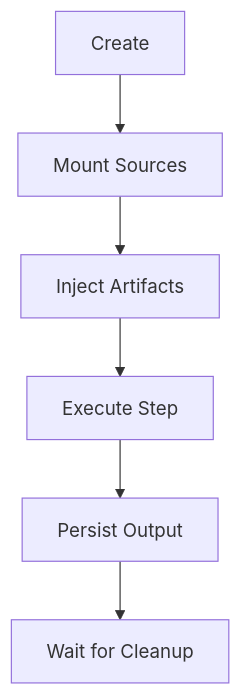
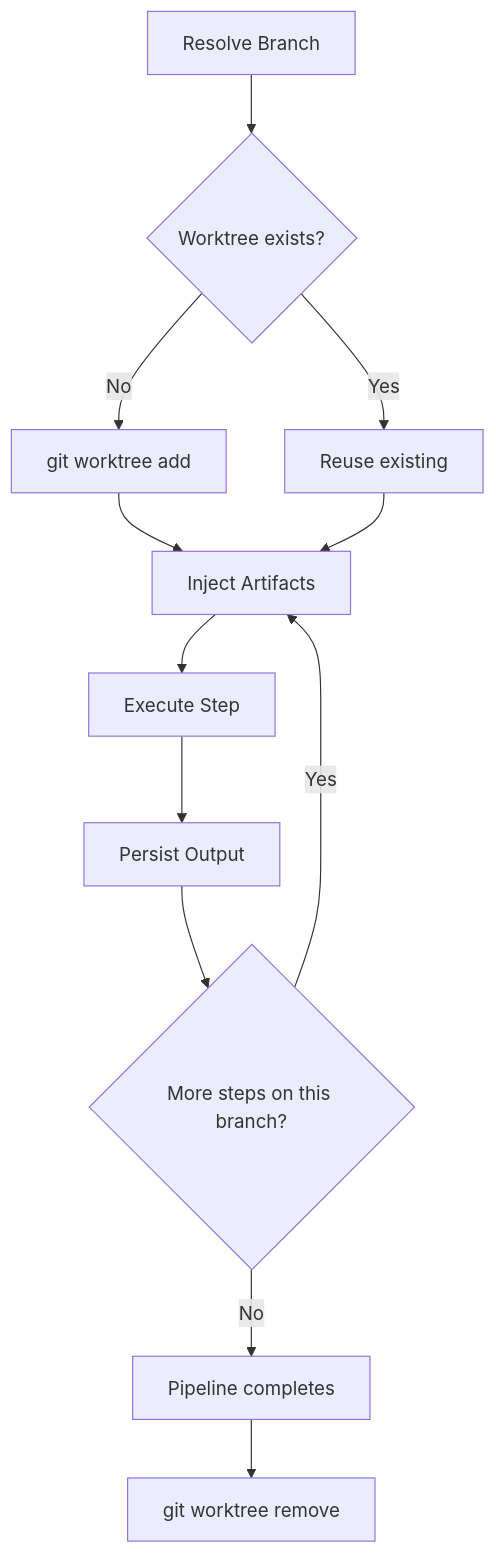
One commit to re-cinq/wave changed the diagram in docs/concepts/workspaces.md. Above: the diagram before and after it, drawn with Mermaid. The commit also changed other lines of this file and 6 other files, not shown here.

First line of the commit message:
docs: document git-native worktree workspaces across landing page, concepts, and reference

````diff
--- a/docs/concepts/workspaces.md
+++ b/docs/concepts/workspaces.md
@@ -18,8 +60,14 @@
 ```mermaid
 graph TD
-    C[Create] --> M[Mount Sources]
-    M --> I[Inject Artifacts]
+    B[Resolve Branch] --> C{Worktree exists?}
+    C -->|No| D[git worktree add]
+    C -->|Yes| R[Reuse existing]
+    D --> I[Inject Artifacts]
+    R --> I
     I --> E[Execute Step]
     E --> P[Persist Output]
-    P --> W[Wait for Cleanup]
+    P --> N{More steps on this branch?}
+    N -->|Yes| I
+    N -->|No| W[Pipeline completes]
+    W --> X[git worktree remove]
 ```
````
